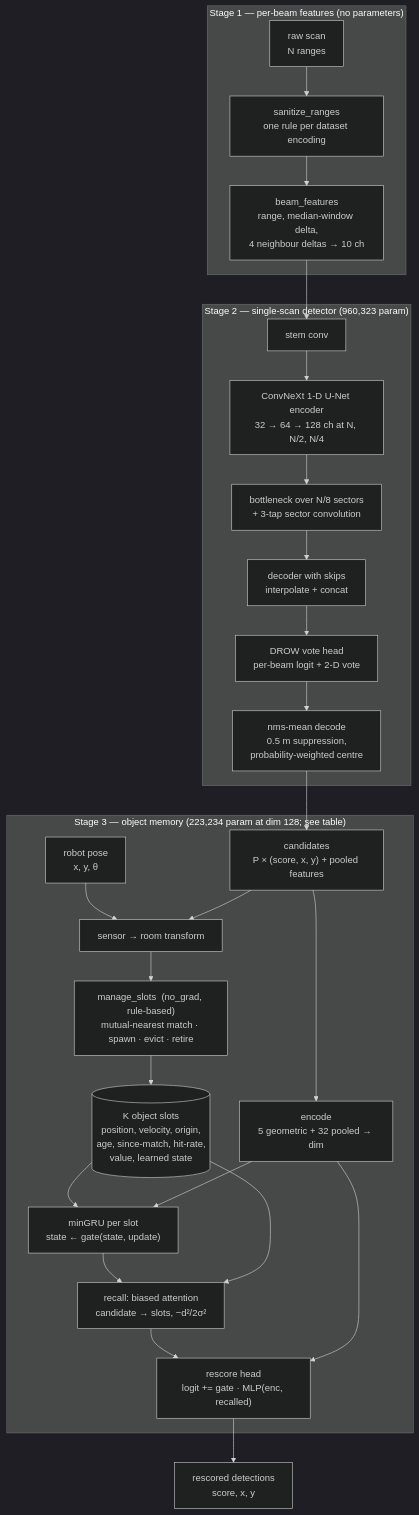
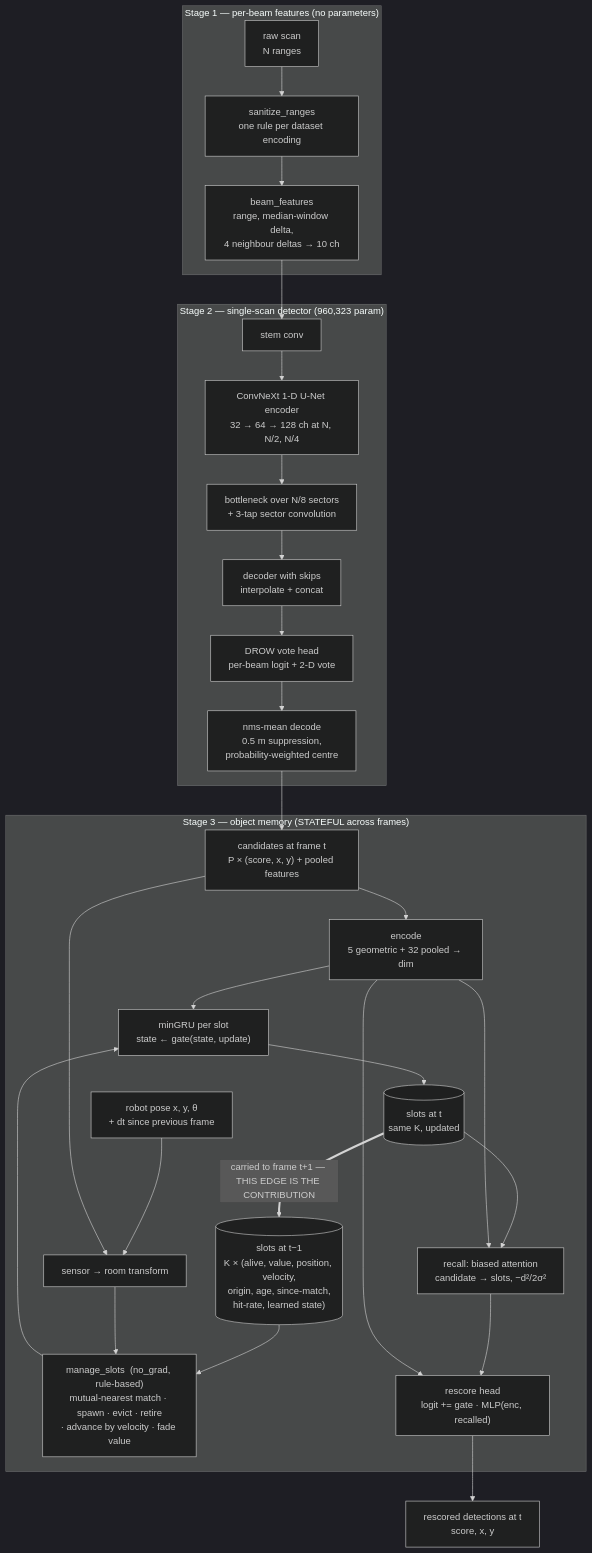
Before and after one commit to pseusys/lidar-vision: the diagram in docs/ARCHITECTURE.md, drawn with Mermaid (dark theme). The commit also changed other lines of this file, not shown here.

Commit message:
Make the inter-frame state carry explicit in the diagram
The owner caught the omission and it was the important one. Stage 3 takes
the previous frame slots as an input and returns modified slots as an
output -- step(candidates, pose, dt, slots) -> (detections, slots prime)
-- and every caller does slots = out.slots. The first diagram drew the
slots as an internal node, which made the architecture look like a
per-frame rescorer and hid the one property that distinguishes it from
every baseline here.

The loop is now two nodes, slots at t-1 and slots at t, joined by a
labelled edge back to the input. dt and the pose are drawn as per-frame
inputs beside it, since the recurrence is over real elapsed time rather
than over steps.

The accompanying text states the two consequences that follow from the
loop and are easy to miss: the detector is online and causal, one scan
per call with no lookahead and no T-scan window, which is why it runs at
batch 1 on a robot; and the state is per stream, which is why reset
exists -- without it one recording slots would leak into the next.

````diff
--- a/docs/ARCHITECTURE.md
+++ b/docs/ARCHITECTURE.md
@@ -82,34 +82,36 @@
 ```mermaid
 flowchart TD
     subgraph S1["Stage 1 — per-beam features (no parameters)"]
         SCAN["raw scan<br/>N ranges"] --> SAN["sanitize_ranges<br/>one rule per dataset encoding"]
         SAN --> FEAT["beam_features<br/>range, median-window delta,<br/>4 neighbour deltas → 10 ch"]
     end
 
     subgraph S2["Stage 2 — single-scan detector (960,323 param)"]
         FEAT --> STEM["stem conv"]
         STEM --> ENC["ConvNeXt 1-D U-Net encoder<br/>32 → 64 → 128 ch at N, N/2, N/4"]
         ENC --> BOT["bottleneck over N/8 sectors<br/>+ 3-tap sector convolution"]
         BOT --> DEC["decoder with skips<br/>interpolate + concat"]
         DEC --> HEAD["DROW vote head<br/>per-beam logit + 2-D vote"]
         HEAD --> NMS["nms-mean decode<br/>0.5 m suppression,<br/>probability-weighted centre"]
     end
 
-    NMS --> CAND["candidates<br/>P × (score, x, y) + pooled features"]
+    NMS --> CAND["candidates at frame t<br/>P × (score, x, y) + pooled features"]
 
-    subgraph S3["Stage 3 — object memory (223,234 param at dim 128; see table)"]
+    subgraph S3["Stage 3 — object memory (STATEFUL across frames)"]
         CAND --> ENCODE["encode<br/>5 geometric + 32 pooled → dim"]
-        POSE["robot pose<br/>x, y, θ"] --> WORLD["sensor → room transform"]
+        POSE["robot pose x, y, θ<br/>+ dt since previous frame"] --> WORLD["sensor → room transform"]
         CAND --> WORLD
-        WORLD --> MANAGE["manage_slots  (no_grad, rule-based)<br/>mutual-nearest match · spawn · evict · retire"]
-        MANAGE --> SLOTS[("K object slots<br/>position, velocity, origin,<br/>age, since-match, hit-rate,<br/>value, learned state")]
-        SLOTS --> RECUR["minGRU per slot<br/>state ← gate(state, update)"]
+        PREV[("slots at t−1<br/>K × (alive, value, position, velocity,<br/>origin, age, since-match,<br/>hit-rate, learned state)")] --> MANAGE
+        WORLD --> MANAGE["manage_slots  (no_grad, rule-based)<br/>mutual-nearest match · spawn · evict · retire<br/>· advance by velocity · fade value"]
+        MANAGE --> RECUR["minGRU per slot<br/>state ← gate(state, update)"]
         ENCODE --> RECUR
-        RECUR --> RECALL["recall: biased attention<br/>candidate → slots, −d²/2σ²"]
-        SLOTS --> RECALL
+        RECUR --> NEW[("slots at t<br/>same K, updated")]
+        NEW --> RECALL["recall: biased attention<br/>candidate → slots, −d²/2σ²"]
+        ENCODE --> RECALL
         RECALL --> RESCORE["rescore head<br/>logit += gate · MLP(enc, recalled)"]
         ENCODE --> RESCORE
     end
 
-    RESCORE --> OUT["rescored detections<br/>score, x, y"]
+    RESCORE --> OUT["rescored detections at t<br/>score, x, y"]
+    NEW ==>|"carried to frame t+1 — THIS EDGE IS THE CONTRIBUTION"| PREV
 ```
````
